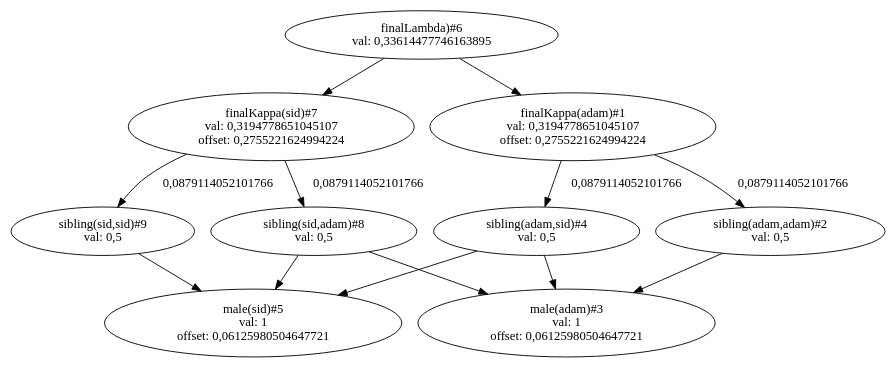
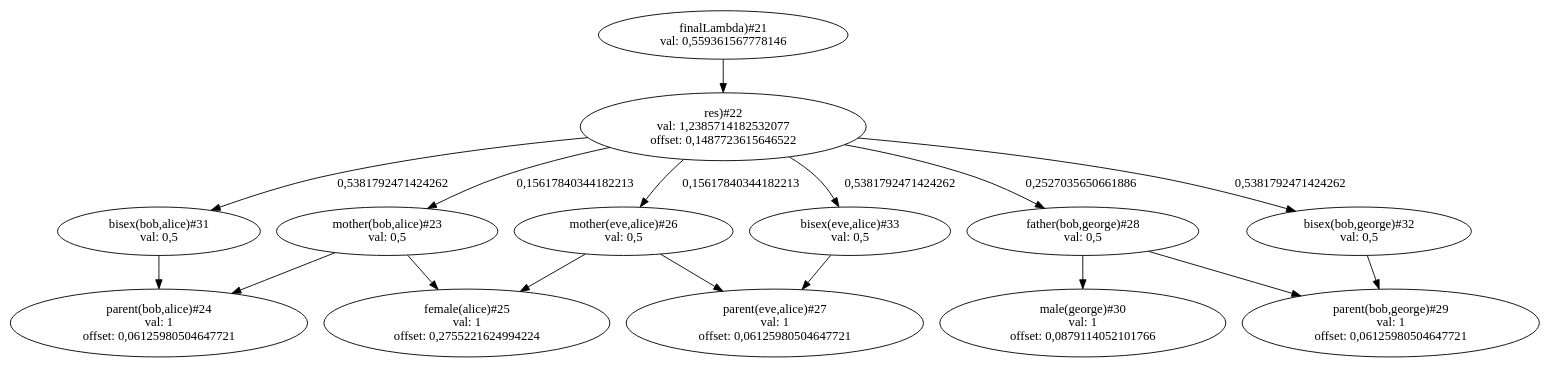
The diagram in graph.dot (GustikS/Neurologic), drawn with Graphviz before and after one commit. The commit also changed 62 other files, not shown here.

```diff
--- a/graph.dot
+++ b/graph.dot
@@ -1,50 +1,66 @@
 digraph G {
-"finalLambda)#6
-val: 0,33614477746163895" -> "finalKappa(sid)#7
-val: 0,3194778651045107
-offset: 0,2755221624994224";
-"finalKappa(sid)#7
-val: 0,3194778651045107
-offset: 0,2755221624994224" -> "sibling(sid,adam)#8
-val: 0,5" [ label = "0,0879114052101766" ];
-"sibling(sid,adam)#8
-val: 0,5" -> "male(adam)#3
+"finalLambda)#21
+val: 0,559361567778146" -> "res)#22
+val: 1,2385714182532077
+offset: 0,1487723615646522";
+"res)#22
+val: 1,2385714182532077
+offset: 0,1487723615646522" -> "mother(bob,alice)#23
+val: 0,5" [ label = "0,15617840344182213" ];
+"mother(bob,alice)#23
+val: 0,5" -> "parent(bob,alice)#24
 val: 1
 offset: 0,06125980504647721";
-"sibling(sid,adam)#8
-val: 0,5" -> "male(sid)#5
+"mother(bob,alice)#23
+val: 0,5" -> "female(alice)#25
+val: 1
+offset: 0,2755221624994224";
+"res)#22
+val: 1,2385714182532077
+offset: 0,1487723615646522" -> "mother(eve,alice)#26
+val: 0,5" [ label = "0,15617840344182213" ];
+"mother(eve,alice)#26
+val: 0,5" -> "parent(eve,alice)#27
 val: 1
 offset: 0,06125980504647721";
-"finalKappa(sid)#7
-val: 0,3194778651045107
-offset: 0,2755221624994224" -> "sibling(sid,sid)#9
-val: 0,5" [ label = "0,0879114052101766" ];
-"sibling(sid,sid)#9
-val: 0,5" -> "male(sid)#5
+"mother(eve,alice)#26
+val: 0,5" -> "female(alice)#25
+val: 1
+offset: 0,2755221624994224";
+"res)#22
+val: 1,2385714182532077
+offset: 0,1487723615646522" -> "father(bob,george)#28
+val: 0,5" [ label = "0,2527035650661886" ];
+"father(bob,george)#28
+val: 0,5" -> "parent(bob,george)#29
 val: 1
 offset: 0,06125980504647721";
-"finalLambda)#6
-val: 0,33614477746163895" -> "finalKappa(adam)#1
-val: 0,3194778651045107
-offset: 0,2755221624994224";
-"finalKappa(adam)#1
-val: 0,3194778651045107
-offset: 0,2755221624994224" -> "sibling(adam,sid)#4
-val: 0,5" [ label = "0,0879114052101766" ];
-"sibling(adam,sid)#4
-val: 0,5" -> "male(adam)#3
+"father(bob,george)#28
+val: 0,5" -> "male(george)#30
+val: 1
+offset: 0,0879114052101766";
+"res)#22
+val: 1,2385714182532077
+offset: 0,1487723615646522" -> "bisex(eve,alice)#33
+val: 0,5" [ label = "0,5381792471424262" ];
+"bisex(eve,alice)#33
+val: 0,5" -> "parent(eve,alice)#27
 val: 1
 offset: 0,06125980504647721";
-"sibling(adam,sid)#4
-val: 0,5" -> "male(sid)#5
+"res)#22
+val: 1,2385714182532077
+offset: 0,1487723615646522" -> "bisex(bob,alice)#31
+val: 0,5" [ label = "0,5381792471424262" ];
+"bisex(bob,alice)#31
+val: 0,5" -> "parent(bob,alice)#24
 val: 1
 offset: 0,06125980504647721";
-"finalKappa(adam)#1
-val: 0,3194778651045107
-offset: 0,2755221624994224" -> "sibling(adam,adam)#2
-val: 0,5" [ label = "0,0879114052101766" ];
-"sibling(adam,adam)#2
-val: 0,5" -> "male(adam)#3
+"res)#22
+val: 1,2385714182532077
+offset: 0,1487723615646522" -> "bisex(bob,george)#32
+val: 0,5" [ label = "0,5381792471424262" ];
+"bisex(bob,george)#32
+val: 0,5" -> "parent(bob,george)#29
 val: 1
 offset: 0,06125980504647721";
 }
```
